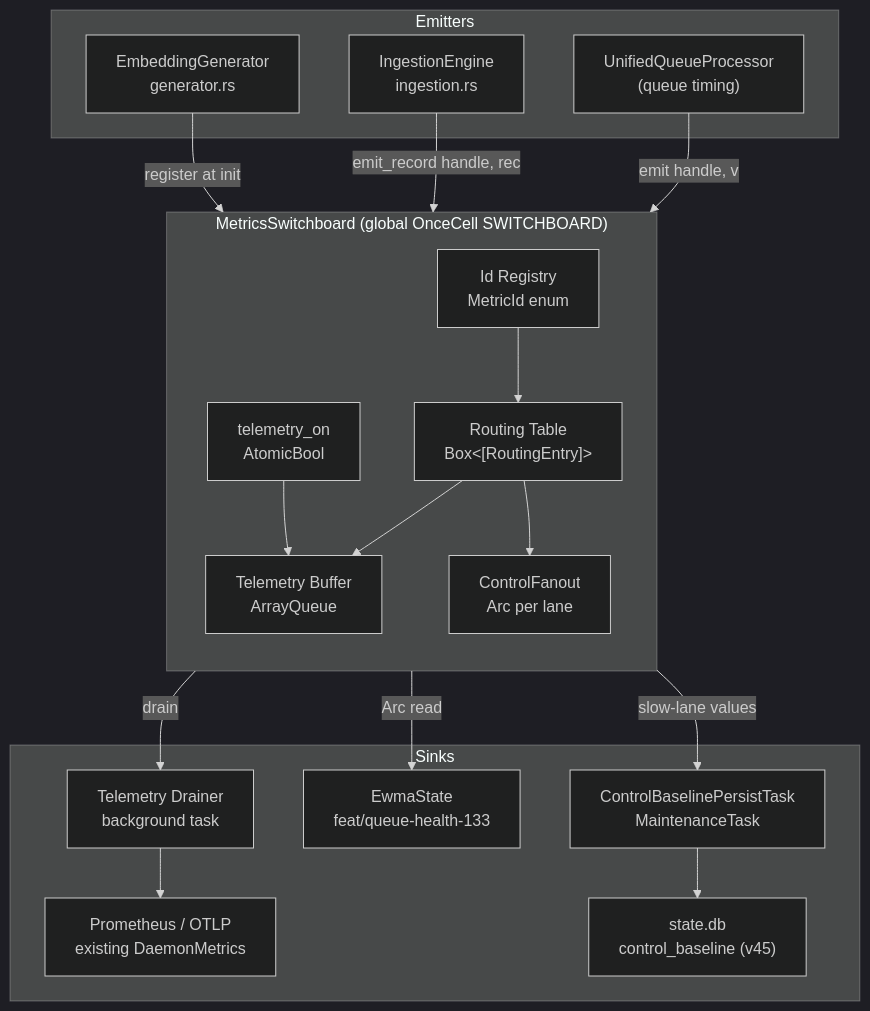
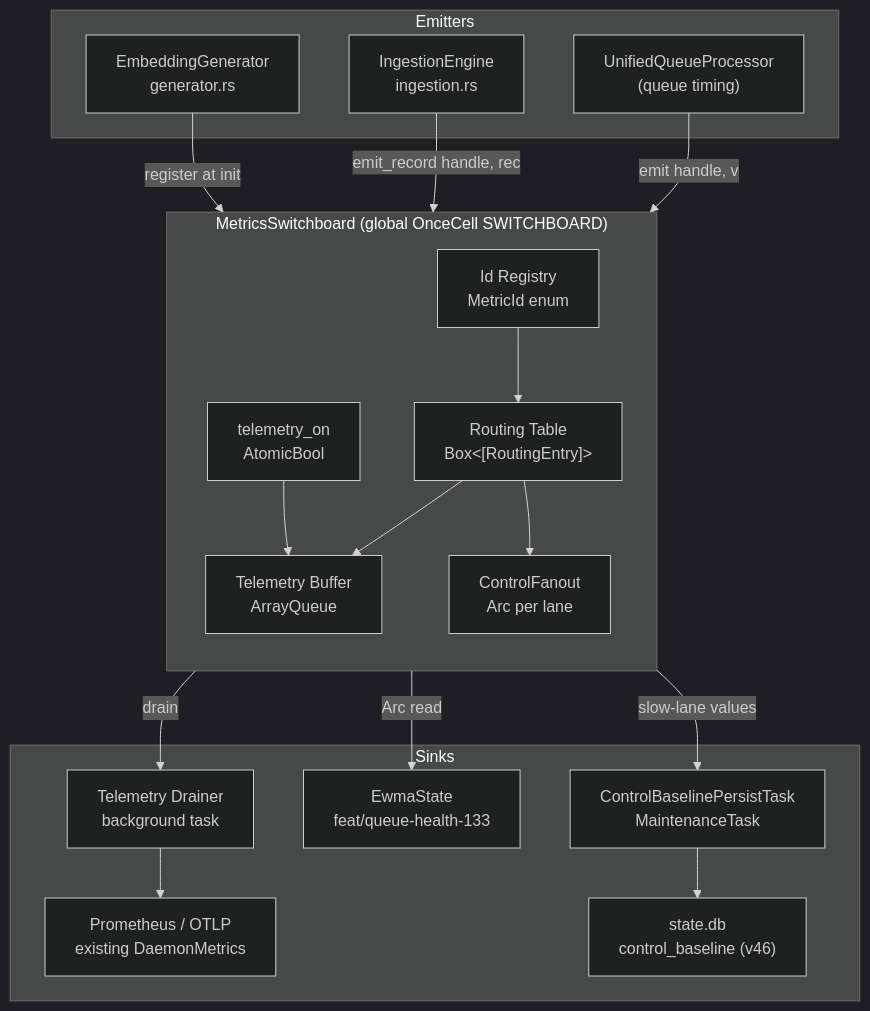
One commit to ChrisGVE/workspace-qdrant-mcp changed the first of 3 diagrams in docs/architecture/metrics-switchboard.md. Above: the diagram before and after it, drawn with Mermaid (dark theme). The commit also changed other lines of this file, not shown here.

First line of the commit message:
docs(arch): reconcile switchboard arch for #133 merge — control_baseline v46

````diff
--- a/docs/architecture/metrics-switchboard.md
+++ b/docs/architecture/metrics-switchboard.md
@@ -83,41 +104,41 @@
 ```mermaid
 graph TD
     subgraph Emitters
         GEN["EmbeddingGenerator\ngenerator.rs"]
         ING["IngestionEngine\ningestion.rs"]
         QP["UnifiedQueueProcessor\n(queue timing)"]
     end
 
     subgraph Switchboard["MetricsSwitchboard (global OnceCell SWITCHBOARD)"]
         direction TB
         REG["Id Registry\nMetricId enum"]
         ROUTE["Routing Table\nBox<[RoutingEntry]>"]
         FLAG["telemetry_on\nAtomicBool"]
         TBUF["Telemetry Buffer\nArrayQueue<MetricSample>"]
         FAN["ControlFanout\nArc<AtomicU64> per lane"]
     end
 
     subgraph Sinks
         DRAIN["Telemetry Drainer\nbackground task"]
         PROM["Prometheus / OTLP\nexisting DaemonMetrics"]
         EWMA["EwmaState\nfeat/queue-health-133"]
         PERSIST["ControlBaselinePersistTask\nMaintenanceTask"]
-        DB["state.db\ncontrol_baseline (v45)"]
+        DB["state.db\ncontrol_baseline (v46)"]
     end
 
     GEN -->|register at init| REG
     ING -->|emit_record handle, rec| Switchboard
     QP  -->|emit handle, v| Switchboard
 
     REG --> ROUTE
     FLAG --> TBUF
     ROUTE --> TBUF
     ROUTE --> FAN
 
     TBUF -->|drain| DRAIN
     DRAIN --> PROM
 
     FAN -->|Arc<AtomicU64> read| EWMA
     FAN -->|slow-lane values| PERSIST
     PERSIST --> DB
 ```
````
